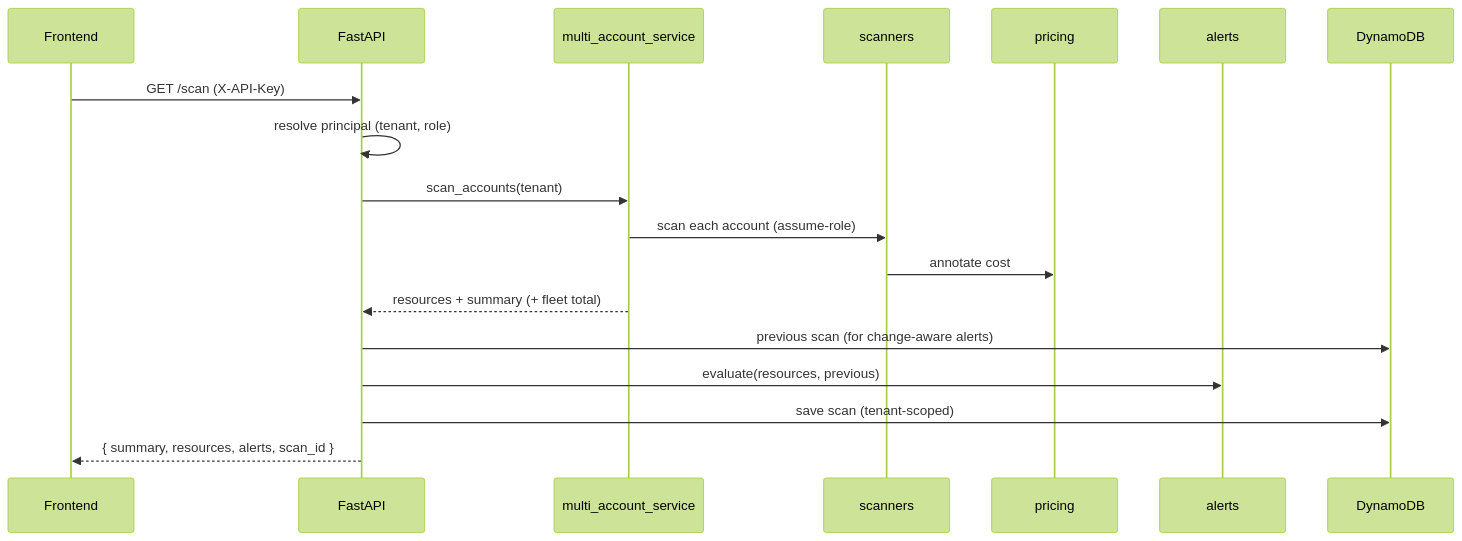
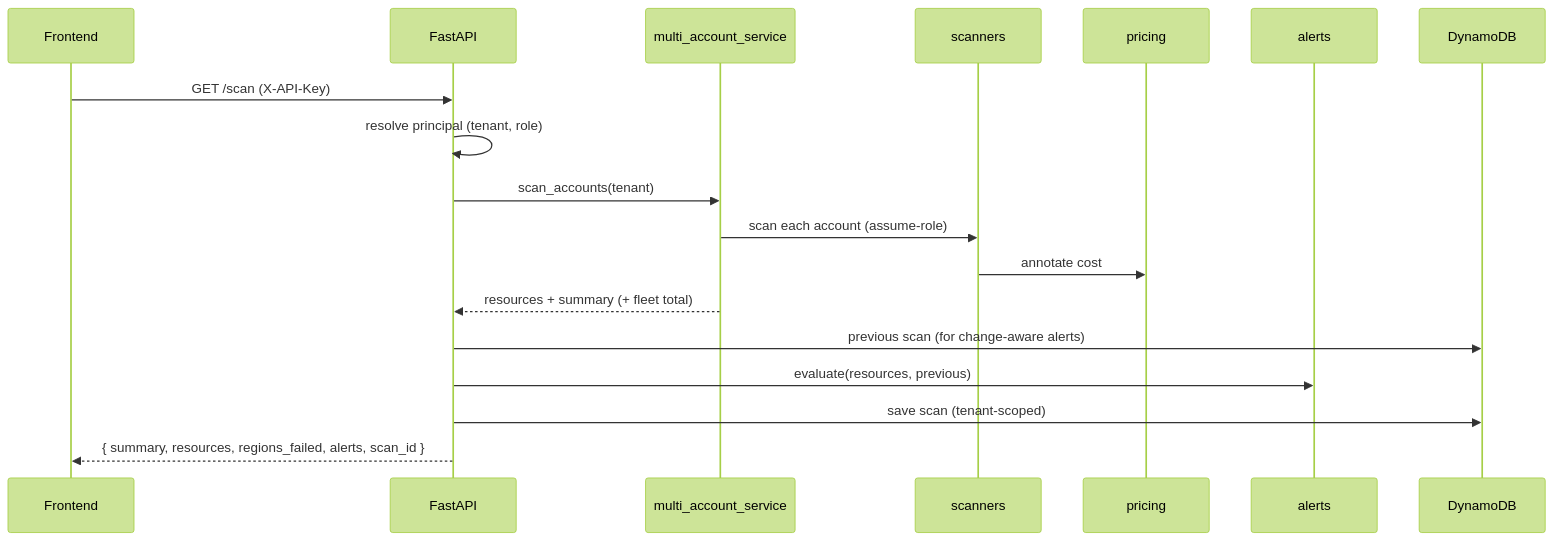
One commit to jaredf96/shut-it-down-aws changed the third of 3 diagrams in docs/ARCHITECTURE.md. Above: the diagram before and after it, drawn with Mermaid (forest theme). The commit also changed 22 other files, not shown here.

````diff
--- a/docs/ARCHITECTURE.md
+++ b/docs/ARCHITECTURE.md
@@ -196,21 +196,21 @@
 ```mermaid
 sequenceDiagram
     participant FE as Frontend
     participant API as FastAPI
     participant MA as multi_account_service
     participant SC as scanners
     participant PR as pricing
     participant AL as alerts
     participant DB as DynamoDB
 
     FE->>API: GET /scan (X-API-Key)
     API->>API: resolve principal (tenant, role)
     API->>MA: scan_accounts(tenant)
     MA->>SC: scan each account (assume-role)
     SC->>PR: annotate cost
     MA-->>API: resources + summary (+ fleet total)
     API->>DB: previous scan (for change-aware alerts)
     API->>AL: evaluate(resources, previous)
     API->>DB: save scan (tenant-scoped)
-    API-->>FE: { summary, resources, alerts, scan_id }
+    API-->>FE: { summary, resources, regions_failed, alerts, scan_id }
 ```
````
